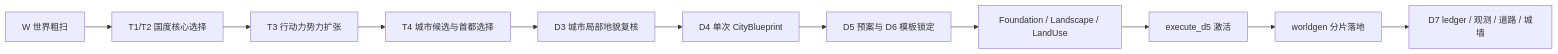
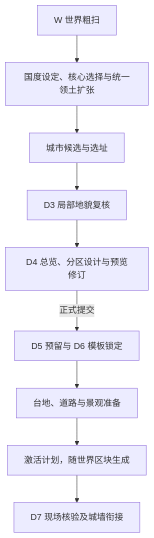
One commit to RinsingEL/designer_territoryMod changed the diagram in docs/10_product/地貌驱动主线.md. Above: the diagram before and after it, drawn with Mermaid. The commit also changed other lines of this file and 21 other files, not shown here.

````diff
--- a/docs/10_product/地貌驱动主线.md
+++ b/docs/10_product/地貌驱动主线.md
@@ -7,13 +5,11 @@
 ```mermaid
-flowchart LR
-  W["W 世界粗扫"] --> T1["T1/T2 国度核心选择"]
-  T1 --> T3["T3 行动力势力扩张"]
-  T3 --> T4["T4 城市候选与首都选择"]
-  T4 --> D3["D3 城市局部地貌复核"]
-  D3 --> D4["D4 单次 CityBlueprint"]
-  D4 --> D56["D5 预案与 D6 模板锁定"]
-  D56 --> O["Foundation / Landscape / LandUse"]
-  O --> A["execute_d5 激活"]
-  A --> G["worldgen 分片落地"]
-  G --> D7["D7 ledger / 观测 / 道路 / 城墙"]
+flowchart TD
+  W[W 世界粗扫] --> T[国度设定、核心选择与统一领土扩张]
+  T --> S[城市候选与选址]
+  S --> D3[D3 局部地貌复核]
+  D3 --> D4[D4 总览、分区设计与预览修订]
+  D4 -->|正式提交| P[D5 预留与 D6 模板锁定]
+  P --> O[台地、道路与景观准备]
+  O --> G[激活计划，随世界区块生成]
+  G --> D7[D7 现场核验及城墙衔接]
 ```
````
